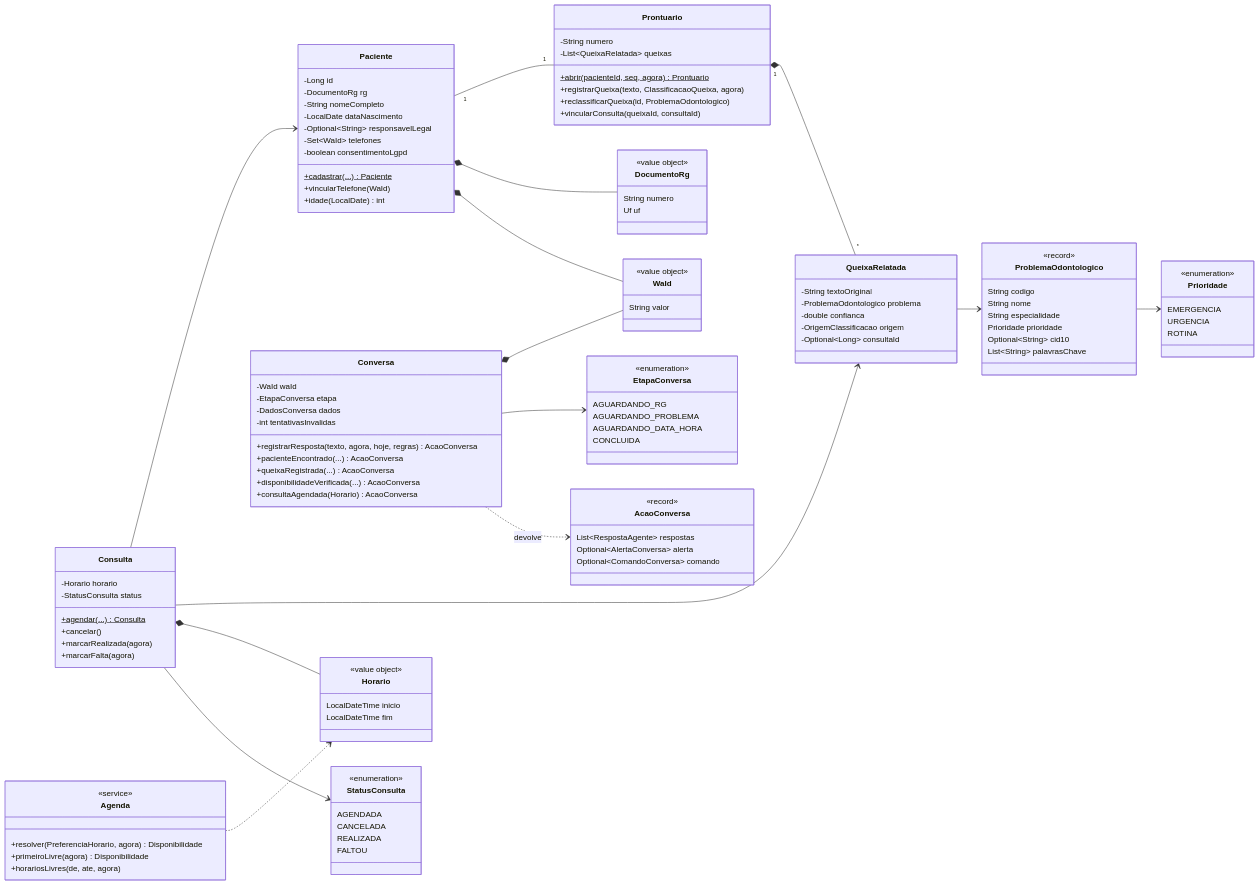
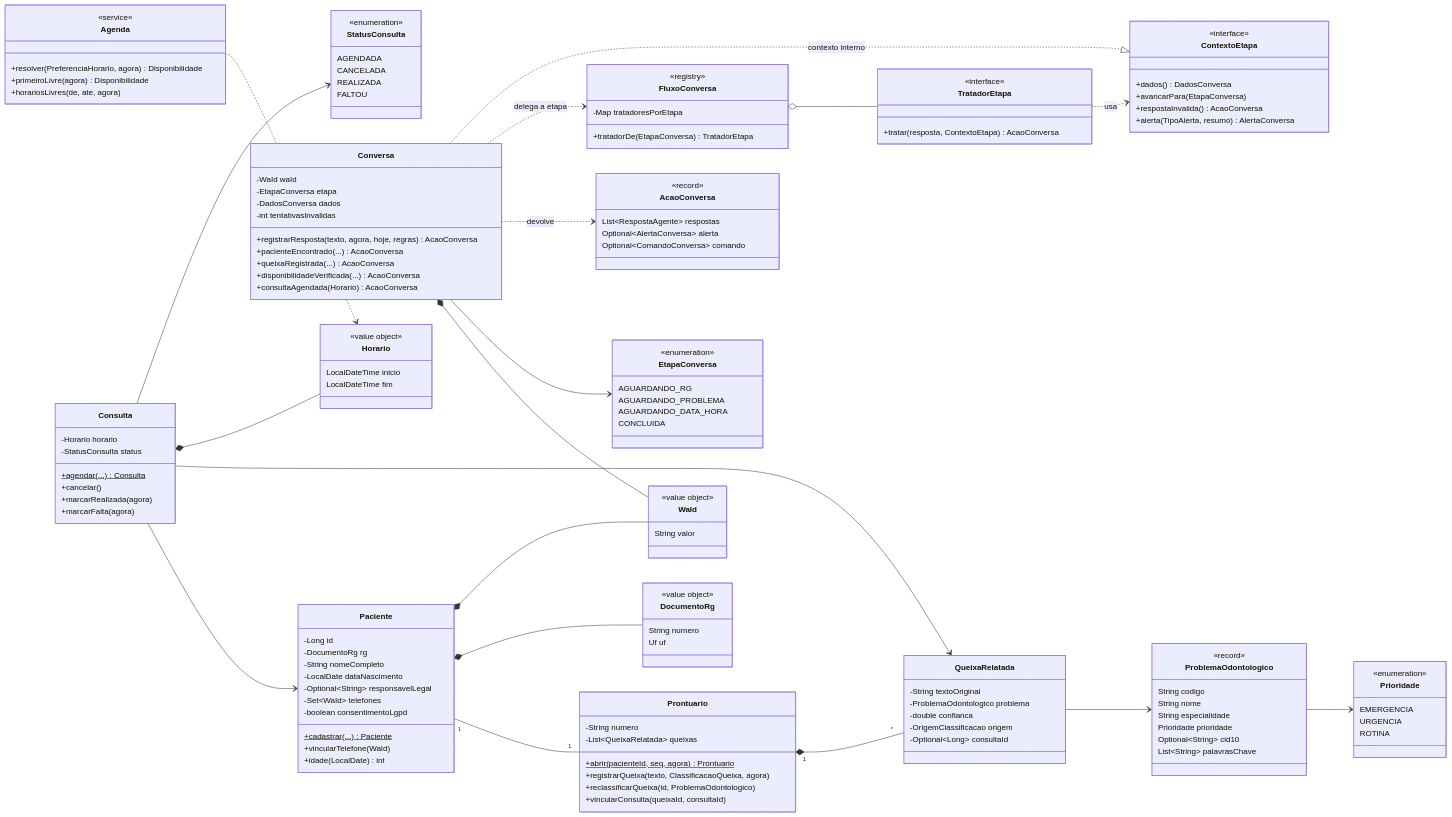
One commit to rafaelzucon/agent-whatsapp-odonto changed the diagram in docs/diagramas/fonte/08-classes-dominio.mmd. Above: the diagram before and after it, drawn with Mermaid. The commit also changed 60 other files, not shown here.

```diff
--- a/docs/diagramas/fonte/08-classes-dominio.mmd
+++ b/docs/diagramas/fonte/08-classes-dominio.mmd
@@ -1,118 +1,138 @@
 classDiagram
     direction LR
     class Paciente {
         -Long id
         -DocumentoRg rg
         -String nomeCompleto
         -LocalDate dataNascimento
         -Optional~String~ responsavelLegal
         -Set~WaId~ telefones
         -boolean consentimentoLgpd
         +cadastrar(...)$ Paciente
         +vincularTelefone(WaId)
         +idade(LocalDate) int
     }
     class Prontuario {
         -String numero
         -List~QueixaRelatada~ queixas
         +abrir(pacienteId, seq, agora)$ Prontuario
         +registrarQueixa(texto, ClassificacaoQueixa, agora)
         +reclassificarQueixa(id, ProblemaOdontologico)
         +vincularConsulta(queixaId, consultaId)
     }
     class QueixaRelatada {
         -String textoOriginal
         -ProblemaOdontologico problema
         -double confianca
         -OrigemClassificacao origem
         -Optional~Long~ consultaId
     }
     class ProblemaOdontologico {
         <<record>>
         String codigo
         String nome
         String especialidade
         Prioridade prioridade
         Optional~String~ cid10
         List~String~ palavrasChave
     }
     class Consulta {
         -Horario horario
         -StatusConsulta status
         +agendar(...)$ Consulta
         +cancelar()
         +marcarRealizada(agora)
         +marcarFalta(agora)
     }
     class Conversa {
         -WaId waId
         -EtapaConversa etapa
         -DadosConversa dados
         -int tentativasInvalidas
         +registrarResposta(texto, agora, hoje, regras) AcaoConversa
         +pacienteEncontrado(...) AcaoConversa
         +queixaRegistrada(...) AcaoConversa
         +disponibilidadeVerificada(...) AcaoConversa
         +consultaAgendada(Horario) AcaoConversa
+    }
+    class FluxoConversa {
+        <<registry>>
+        -Map tratadoresPorEtapa
+        +tratadorDe(EtapaConversa) TratadorEtapa
+    }
+    class TratadorEtapa {
+        <<interface>>
+        +tratar(resposta, ContextoEtapa) AcaoConversa
+    }
+    class ContextoEtapa {
+        <<interface>>
+        +dados() DadosConversa
+        +avancarPara(EtapaConversa)
+        +respostaInvalida() AcaoConversa
+        +alerta(TipoAlerta, resumo) AlertaConversa
     }
     class AcaoConversa {
         <<record>>
         List~RespostaAgente~ respostas
         Optional~AlertaConversa~ alerta
         Optional~ComandoConversa~ comando
     }
     class Agenda {
         <<service>>
         +resolver(PreferenciaHorario, agora) Disponibilidade
         +primeiroLivre(agora) Disponibilidade
         +horariosLivres(de, ate, agora)
     }
     class DocumentoRg {
         <<value object>>
         String numero
         Uf uf
     }
     class WaId {
         <<value object>>
         String valor
     }
     class Horario {
         <<value object>>
         LocalDateTime inicio
         LocalDateTime fim
     }
     class Prioridade {
         <<enumeration>>
         EMERGENCIA
         URGENCIA
         ROTINA
     }
     class EtapaConversa {
         <<enumeration>>
         AGUARDANDO_RG
         AGUARDANDO_PROBLEMA
         AGUARDANDO_DATA_HORA
         CONCLUIDA
     }
     class StatusConsulta {
         <<enumeration>>
         AGENDADA
         CANCELADA
         REALIZADA
         FALTOU
     }
 
     Paciente "1" -- "1" Prontuario
     Prontuario "1" *-- "*" QueixaRelatada
     QueixaRelatada --> ProblemaOdontologico
     Consulta --> Paciente
     Consulta --> QueixaRelatada
     Consulta *-- Horario
     Consulta --> StatusConsulta
     Paciente *-- DocumentoRg
     Paciente *-- WaId
     Conversa *-- WaId
     Conversa --> EtapaConversa
     Conversa ..> AcaoConversa : devolve
+    Conversa ..> FluxoConversa : delega a etapa
+    FluxoConversa o-- TratadorEtapa
+    TratadorEtapa ..> ContextoEtapa : usa
+    Conversa ..|> ContextoEtapa : contexto interno
     ProblemaOdontologico --> Prioridade
     Agenda ..> Horario
```
